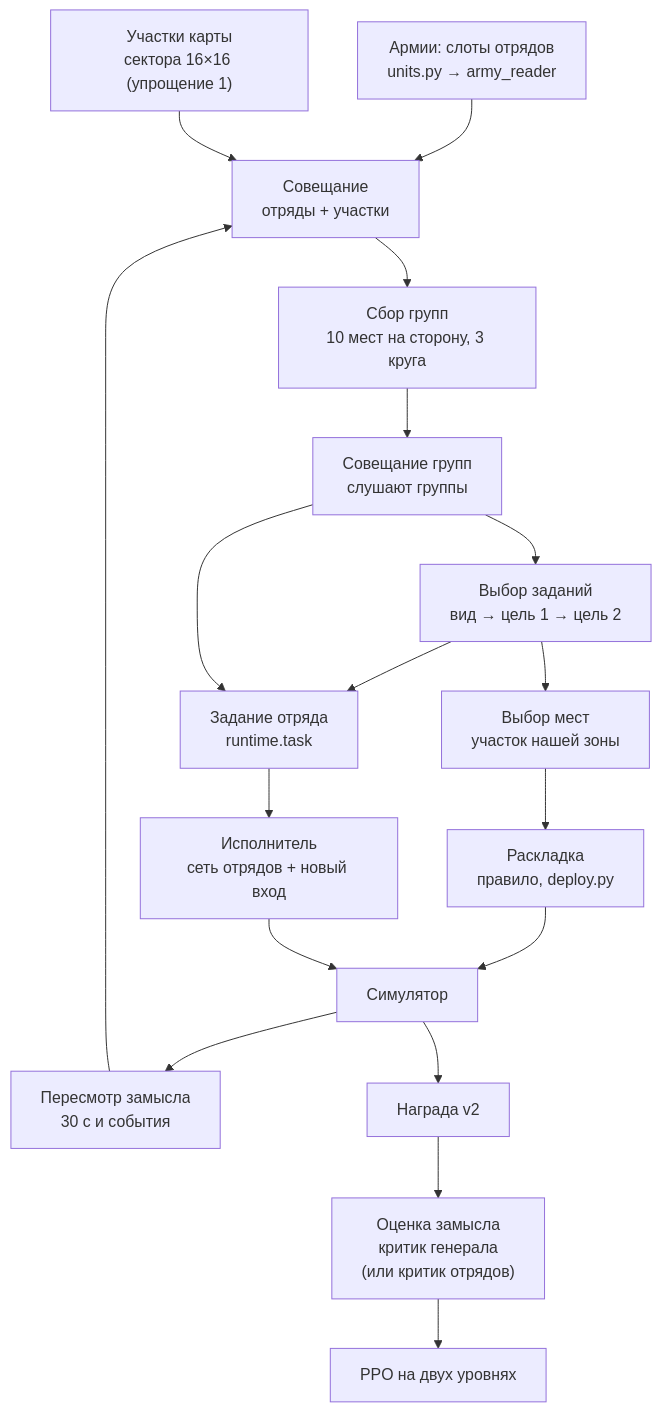
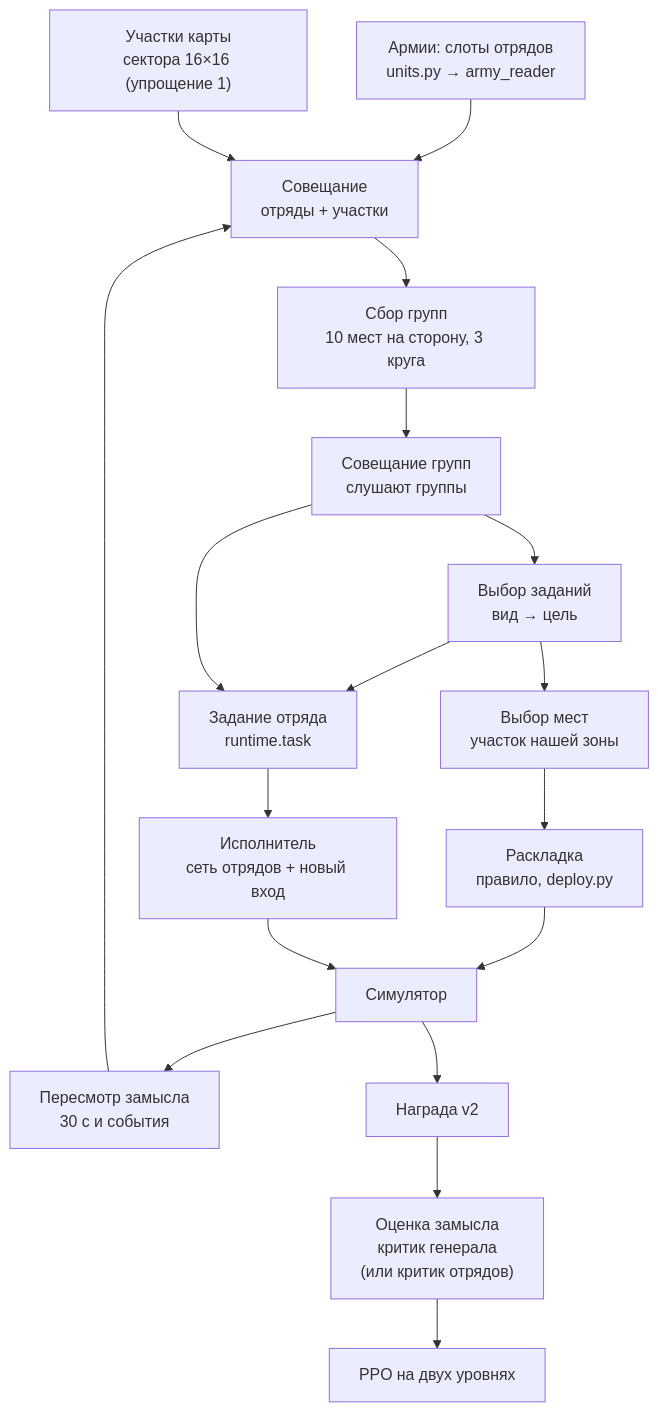
One commit to DimaZero7/TWW3-batle-ai changed the diagram in docs/ru/training/general.md. Above: the diagram before and after it, drawn with Mermaid. The commit also changed other lines of this file and 21 other files, not shown here.

````diff
--- a/docs/ru/training/general.md
+++ b/docs/ru/training/general.md
@@ -17,20 +17,20 @@
 ```mermaid
 flowchart TB
   A["Армии: слоты отрядов<br/>units.py → army_reader"] --> C["Совещание<br/>отряды + участки"]
   T["Участки карты<br/>сектора 16×16 (упрощение 1)"] --> C
   C --> G["Сбор групп<br/>10 мест на сторону, 3 круга"]
   G --> GC["Совещание групп<br/>слушают группы"]
-  GC --> M["Выбор заданий<br/>вид → цель 1 → цель 2"]
+  GC --> M["Выбор заданий<br/>вид → цель"]
   M --> P["Выбор мест<br/>участок нашей зоны"]
   P --> L["Раскладка<br/>правило, deploy.py"]
   M --> U["Задание отряда<br/>runtime.task"]
   GC --> U
   U --> E["Исполнитель<br/>сеть отрядов + новый вход"]
   L --> S["Симулятор"]
   E --> S
   S --> R["Пересмотр замысла<br/>30 с и события"]
   R --> C
   S --> W["Награда v2"]
   W --> V["Оценка замысла<br/>критик генерала<br/>(или критик отрядов)"]
   V --> O["PPO на двух уровнях"]
 ```
````
